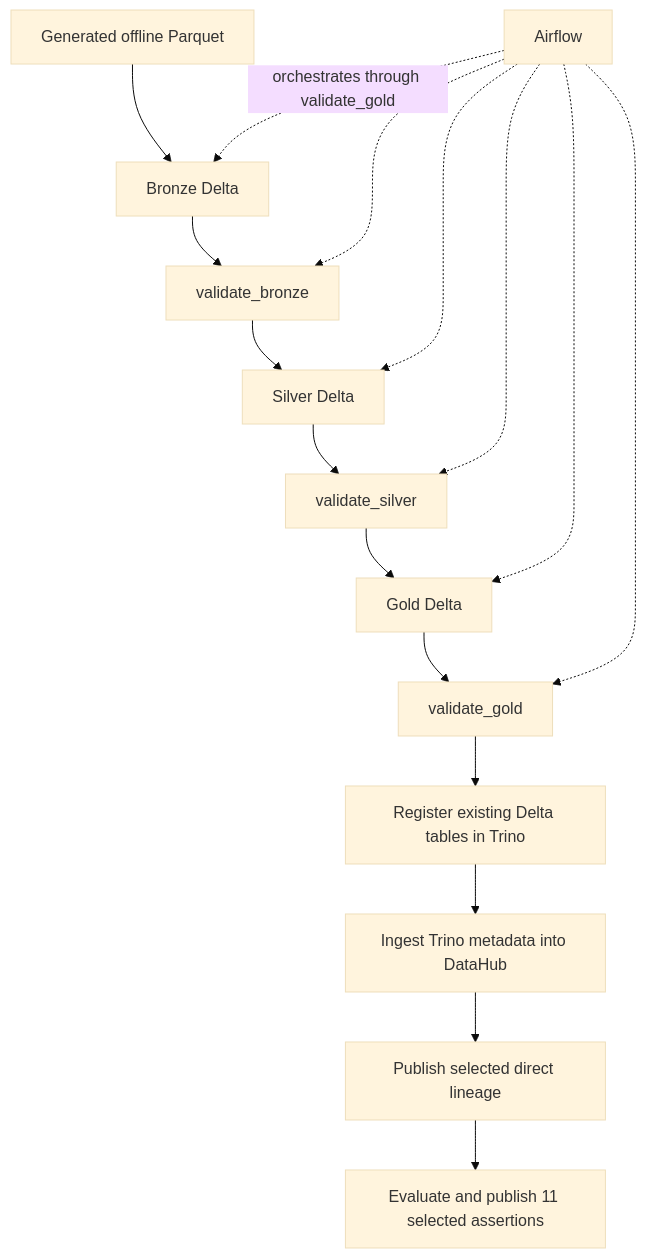
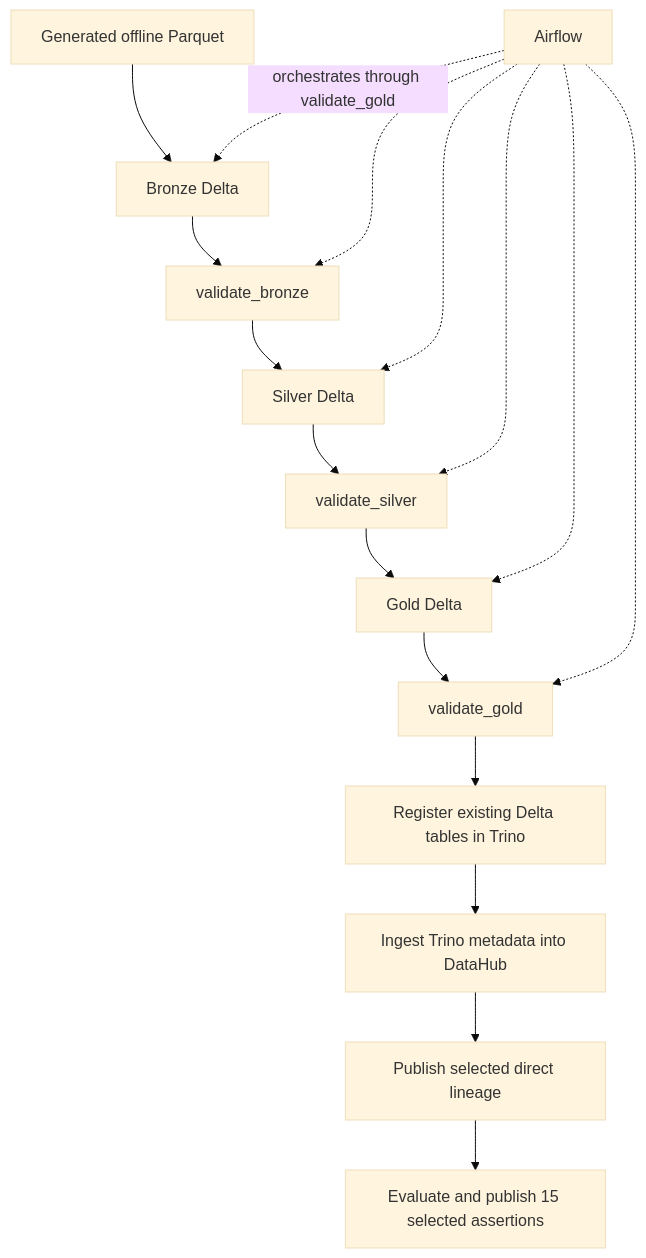
The second of 2 diagrams in docs/00_system_architecture.md (HuyyGiaa/ewallet-data-ai-platform), drawn with Mermaid (base theme) before and after one commit. The commit also changed other lines of this file and 27 other files, not shown here.

````diff
--- a/docs/00_system_architecture.md
+++ b/docs/00_system_architecture.md
@@ -91,20 +91,20 @@
 ```mermaid
 flowchart TD
     RAW["Generated offline Parquet"] --> BR["Bronze Delta"]
     BR --> VB["validate_bronze"]
     VB --> SI["Silver Delta"]
     SI --> VS["validate_silver"]
     VS --> GO["Gold Delta"]
     GO --> VG["validate_gold"]
     VG --> REG["Register existing Delta tables in Trino"]
     REG --> INGEST["Ingest Trino metadata into DataHub"]
     INGEST --> LIN["Publish selected direct lineage"]
-    LIN --> ASSERT["Evaluate and publish 11 selected assertions"]
+    LIN --> ASSERT["Evaluate and publish 15 selected assertions"]
 
     AIRFLOW["Airflow"] -.orchestrates through validate_gold.-> BR
     AIRFLOW -.-> VB
     AIRFLOW -.-> SI
     AIRFLOW -.-> VS
     AIRFLOW -.-> GO
     AIRFLOW -.-> VG
 ```
````
